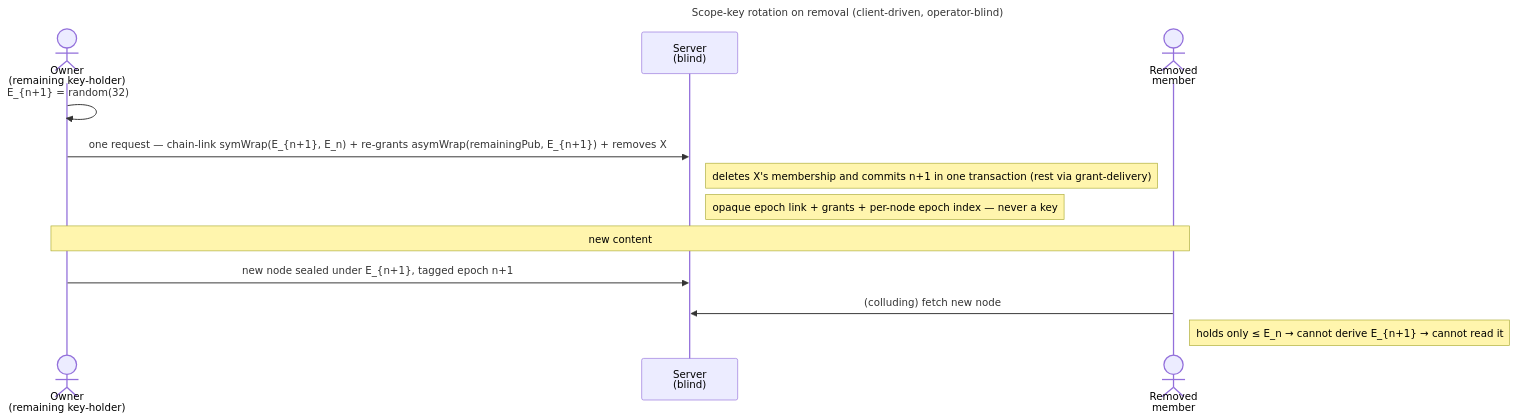
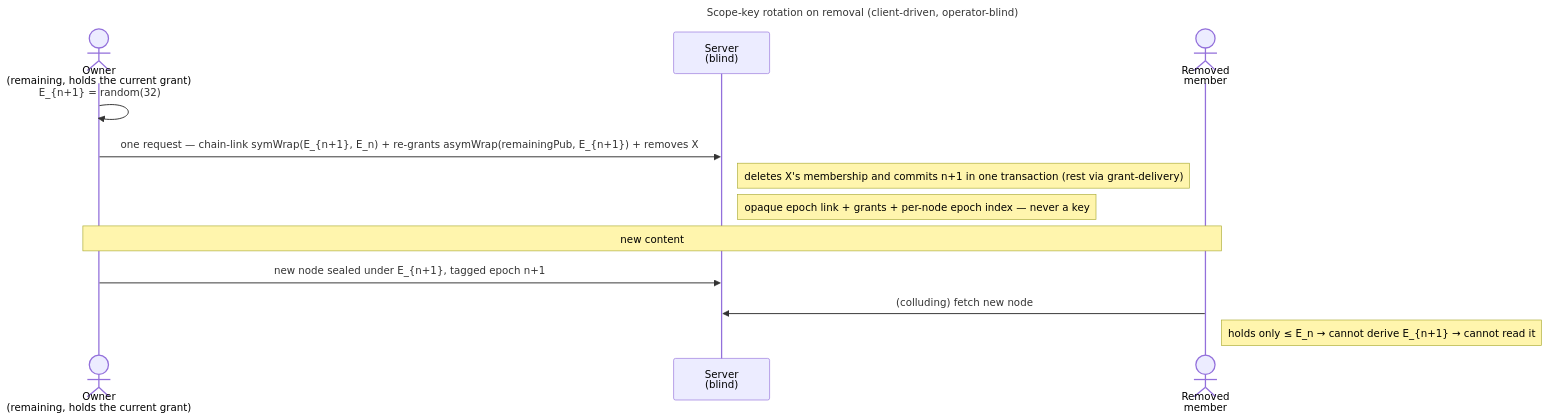
One commit to raddatzk/veyq changed the diagram in docs/features/spaces/enablers/en.spaces.scope-key-rotation.md. Above: the diagram before and after it, drawn with Mermaid. The commit also changed other lines of this file and 13 other files, not shown here.

````diff
--- a/docs/features/spaces/enablers/en.spaces.scope-key-rotation.md
+++ b/docs/features/spaces/enablers/en.spaces.scope-key-rotation.md
@@ -59,17 +59,17 @@
 ```mermaid
 ---
 title: Scope-key rotation on removal (client-driven, operator-blind)
 ---
 sequenceDiagram
-  actor O as Owner<br>(remaining key-holder)
+  actor O as Owner<br>(remaining, holds the current grant)
   participant S as Server<br>(blind)
   actor X as Removed<br>member
   O->>O: E_{n+1} = random(32)
   O->>S: one request — chain-link symWrap(E_{n+1}, E_n) + re-grants asymWrap(remainingPub, E_{n+1}) + removes X
   Note right of S: deletes X's membership and commits n+1 in one transaction (rest via grant-delivery)
   Note right of S: opaque epoch link + grants + per-node epoch index — never a key
   Note over O,X: new content
   O->>S: new node sealed under E_{n+1}, tagged epoch n+1
   X->>S: (colluding) fetch new node
   Note right of X: holds only ≤ E_n → cannot derive E_{n+1} → cannot read it
 ```
````
